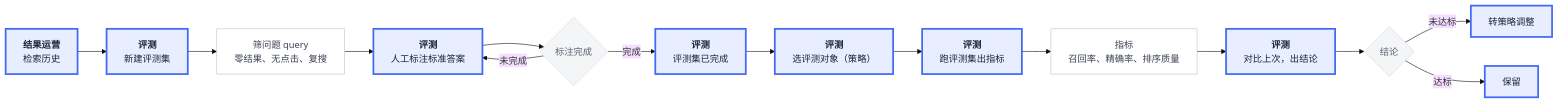
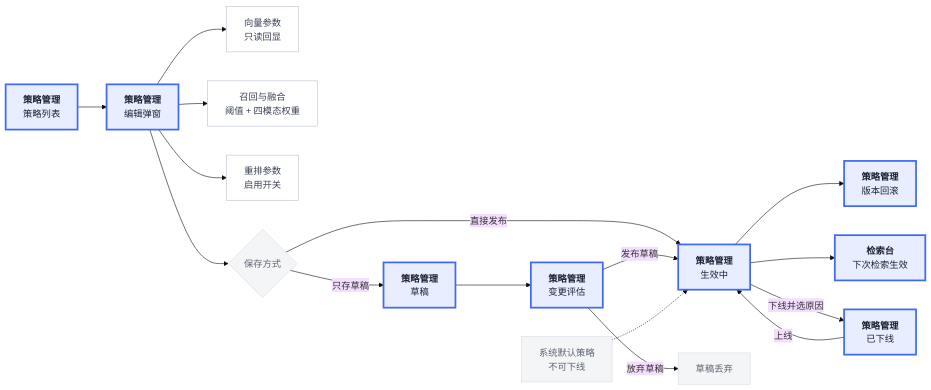
One commit to helichiyu/hyqx-cross-modal-retrieval changed the seventh of 12 diagrams in docs/【数据流图】跨模态检索中心 · 系统数据流.md. Above: the diagram before and after it, drawn with Mermaid (base theme). The commit also changed other lines of this file and 10 other files, not shown here.

````diff
--- a/docs/【数据流图】跨模态检索中心 · 系统数据流.md
+++ b/docs/【数据流图】跨模态检索中心 · 系统数据流.md
@@ -283,23 +286,25 @@
 ```mermaid
 flowchart LR
-  H["<b>结果运营</b><br/>检索历史"] --> A["<b>评测</b><br/>新建评测集"]
-  A --> B["筛问题 query\n零结果、无点击、复搜"]
-  B --> C["<b>评测</b><br/>人工标注标准答案"]
-  C --> D{标注完成}
-  D -->|未完成| C
-  D -->|完成| E["<b>评测</b><br/>评测集已完成"]
-  E --> F["<b>评测</b><br/>选评测对象（策略）"]
-  F --> G["<b>评测</b><br/>跑评测集出指标"]
-  G --> M["指标\n召回率、精确率、排序质量"]
-  M --> N["<b>评测</b><br/>对比上次，出结论"]
-  N --> O{结论}
-  O -->|未达标| P["转策略调整"]
-  O -->|达标| Q["保留"]
+  A["<b>策略管理</b><br/>策略列表"] --> B["<b>策略管理</b><br/>编辑弹窗"]
+  B --> B1["向量参数<br/>只读回显"]
+  B --> B2["召回与融合<br/>阈值 + 四模态权重"]
+  B --> B3["重排参数<br/>启用开关"]
+  B --> C{"保存方式"}
+  C -->|只存草稿| D["<b>策略管理</b><br/>草稿"]
+  C -->|直接发布| E["<b>策略管理</b><br/>生效中"]
+  D --> F["<b>策略管理</b><br/>变更评估"]
+  F -->|发布草稿| E
+  F -->|放弃草稿| K["草稿丢弃"]
+  E --> H["<b>策略管理</b><br/>版本回滚"]
+  E --> I["<b>检索台</b><br/>下次检索生效"]
+  E -->|下线并选原因| L["<b>策略管理</b><br/>已下线"]
+  L -->|上线| E
+  M["系统默认策略<br/>不可下线"] -.-> E
 
   classDef l2 fill:#e8eeff,stroke:#4169f6,color:#1c2434,stroke-width:3px
   classDef fn fill:#ffffff,stroke:#b7c0d0,color:#3a4252,stroke-width:1px
   classDef step fill:#f4f5f7,stroke:#d5dae3,color:#5c6573,stroke-width:1px
-  class H,A,C,E,F,G,N,P,Q l2
-  class B,M fn
-  class D,O step
+  class A,B,D,E,F,H,I,L l2
+  class B1,B2,B3 fn
+  class C,K,M step
 ```
````
